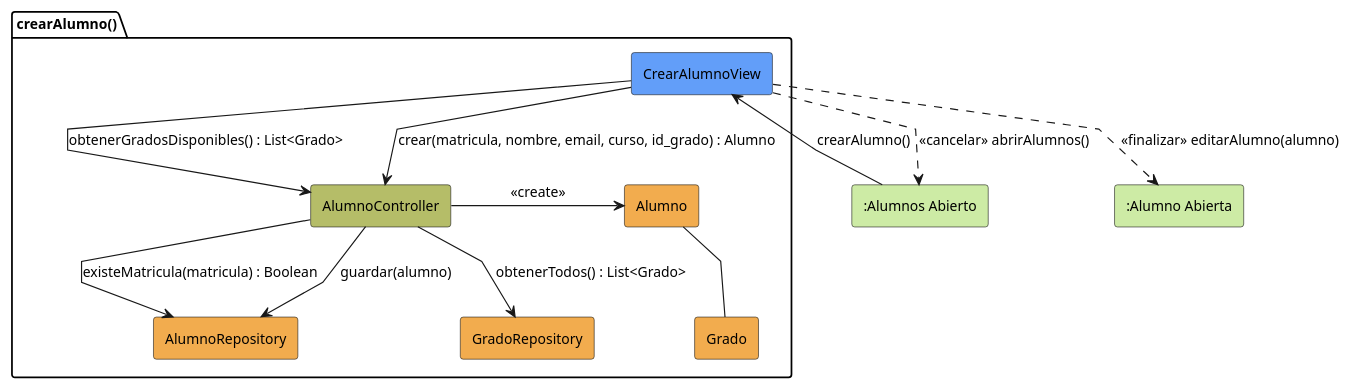
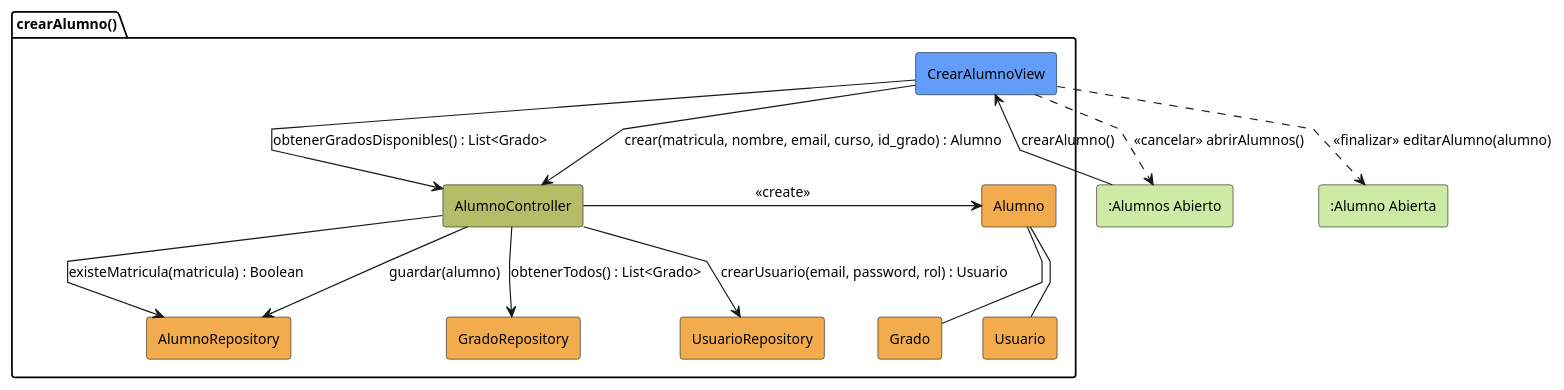
The diagram in modelosUML/01-analisis/casos-uso/crearAlumno/colaboracion.puml (carlos-alvarado-25/25-26-idsw2-sdVC), drawn with PlantUML before and after one commit. The commit also changed 30 other files, not shown here.

First line of the commit message:
feat: add usuario association to alumno and profesor entities

```diff
--- a/modelosUML/01-analisis/casos-uso/crearAlumno/colaboracion.puml
+++ b/modelosUML/01-analisis/casos-uso/crearAlumno/colaboracion.puml
@@ -1,36 +1,40 @@
 @startuml crearAlumno-analisis
 skinparam backgroundColor white
 skinparam shadowing false
 skinparam DefaultFontColor black
 skinparam DefaultFontSize 12
 skinparam linetype polyline
 
 rectangle #CDEBA5 ":Alumnos Abierto" as AlumnosAbierto
 rectangle #CDEBA5 ":Alumno Abierta" as AlumnoAbierta
 
 package crearAlumno as "crearAlumno()" {
     rectangle #629EF9 CrearAlumnoView
     rectangle #b5bd68 AlumnoController
     rectangle #F2AC4E AlumnoRepository
     rectangle #F2AC4E GradoRepository
+    rectangle #F2AC4E UsuarioRepository
     rectangle #F2AC4E Alumno
     rectangle #F2AC4E Grado
+    rectangle #F2AC4E Usuario
 }
 
 AlumnosAbierto -r-> CrearAlumnoView: crearAlumno()
 
 CrearAlumnoView -d-> AlumnoController: obtenerGradosDisponibles() : List<Grado>
 AlumnoController -d-> GradoRepository: obtenerTodos() : List<Grado>
 
 CrearAlumnoView -d-> AlumnoController: crear(matricula, nombre, email, curso, id_grado) : Alumno
 
 AlumnoController -d-> AlumnoRepository: existeMatricula(matricula) : Boolean
+AlumnoController -d-> UsuarioRepository: crearUsuario(email, password, rol) : Usuario
 AlumnoController -r-> Alumno: <<create>>
 AlumnoController -d-> AlumnoRepository: guardar(alumno)
 
 Alumno -- Grado
+Alumno -- Usuario
 
 CrearAlumnoView ..> AlumnoAbierta: <<finalizar>> editarAlumno(alumno)
 CrearAlumnoView ..> AlumnosAbierto: <<cancelar>> abrirAlumnos()
 
 @enduml
```
